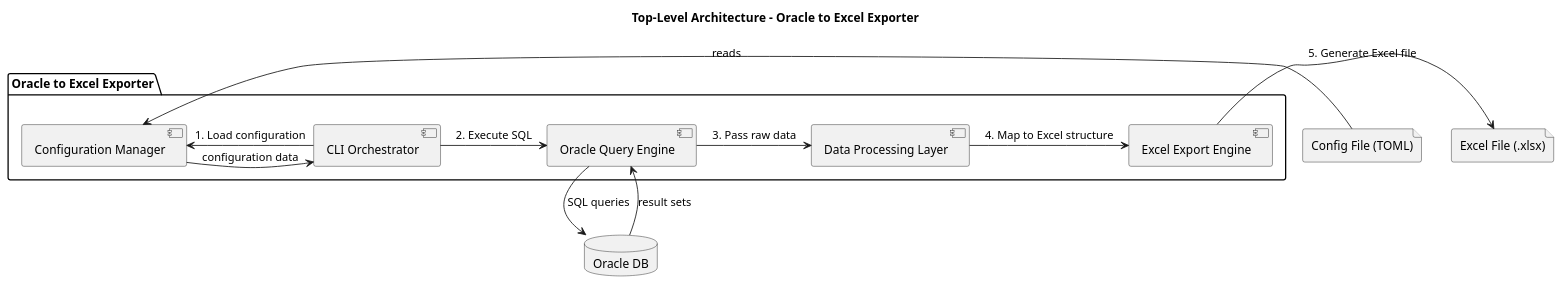
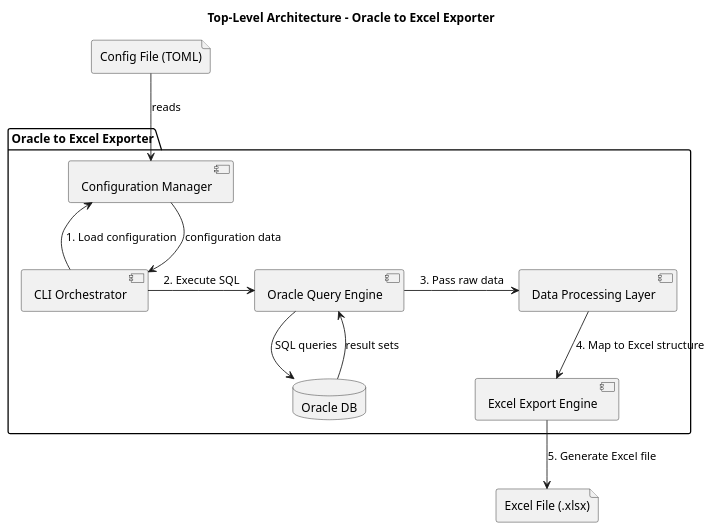
One commit to chatelao/oracle-to-excel changed the diagram in TOP_ARCHITECTURE.puml. Above: the diagram before and after it, drawn with PlantUML.

Commit message:
Refactor UML diagram for Oracle to Excel Exporter

```diff
--- a/TOP_ARCHITECTURE.puml
+++ b/TOP_ARCHITECTURE.puml
@@ -1,28 +1,30 @@
 @startuml
+
 title Top-Level Architecture - Oracle to Excel Exporter
 
 package "Oracle to Excel Exporter" {
     [CLI Orchestrator] as CLI
     [Configuration Manager] as ConfigMgr
     [Oracle Query Engine] as QueryEngine
     [Data Processing Layer] as DataProc
     [Excel Export Engine] as ExcelEngine
+
+    database "Oracle DB" as DB
 }
 
-database "Oracle DB" as DB
-file "Config File (TOML)" as ConfigFile
+file "Config File (TOML)" as TOML
 file "Excel File (.xlsx)" as ExcelFile
 
-CLI -> ConfigMgr : 1. Load configuration
-ConfigFile -> ConfigMgr : reads
-ConfigMgr -> CLI : configuration data
+ConfigMgr  <- CLI   : 1. Load configuration
+TOML  --> ConfigMgr : reads
+ConfigMgr  --> CLI  : configuration data
 
 CLI -> QueryEngine : 2. Execute SQL
 QueryEngine --> DB : SQL queries
-DB -> QueryEngine : result sets
+DB -> QueryEngine  : result sets
 
-QueryEngine -> DataProc : 3. Pass raw data
-DataProc -> ExcelEngine : 4. Map to Excel structure
-ExcelEngine -> ExcelFile : 5. Generate Excel file
+QueryEngine  -> DataProc    : 3. Pass raw data
+DataProc    --> ExcelEngine : 4. Map to Excel structure
+ExcelEngine --> ExcelFile   : 5. Generate Excel file
 
 @enduml
```
